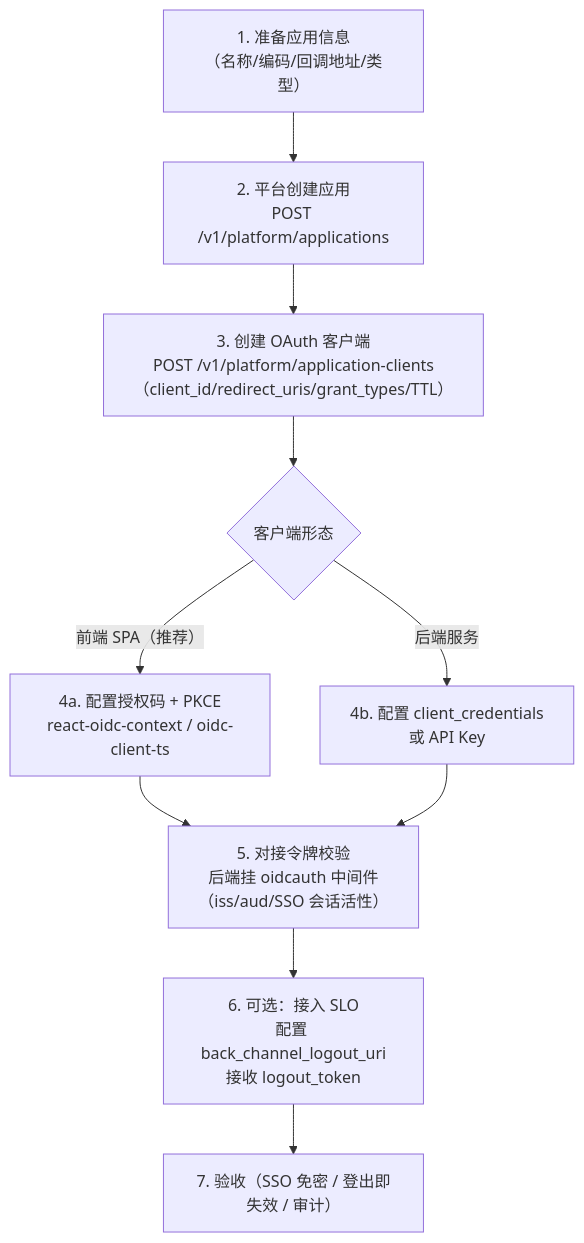
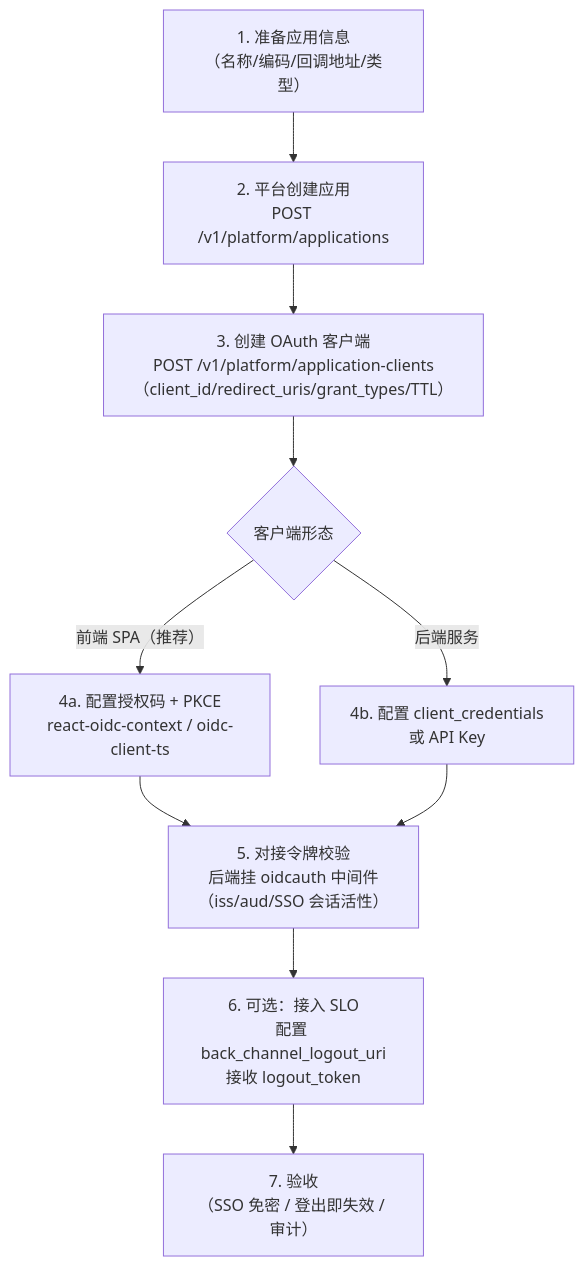
Before and after one commit to morehao/ark-iam: diagram 11 of 13 in docs/design/system-design.md, drawn with Mermaid. The commit also changed other lines of this file and 172 other files, not shown here.

````diff
--- a/docs/design/system-design.md
+++ b/docs/design/system-design.md
@@ -772,12 +740,12 @@
 ```mermaid
 flowchart TB
     A["1. 准备应用信息<br/>（名称/编码/回调地址/类型）"] --> B["2. 平台创建应用<br/>POST /v1/platform/applications"]
     B --> C["3. 创建 OAuth 客户端<br/>POST /v1/platform/application-clients<br/>（client_id/redirect_uris/grant_types/TTL）"]
     C --> D{"客户端形态"}
     D -->|"前端 SPA（推荐）"| E["4a. 配置授权码 + PKCE<br/>react-oidc-context / oidc-client-ts"]
     D -->|"后端服务"| F["4b. 配置 client_credentials<br/>或 API Key"]
     E --> G["5. 对接令牌校验<br/>后端挂 oidcauth 中间件<br/>（iss/aud/SSO 会话活性）"]
     F --> G
     G --> H["6. 可选：接入 SLO<br/>配置 back_channel_logout_uri<br/>接收 logout_token"]
-    H --> I["7. 验收（SSO 免密 / 登出即失效 / 审计）"]
+    H --> I["7. 验收<br/>（SSO 免密 / 登出即失效 / 审计）"]
 ```
````
